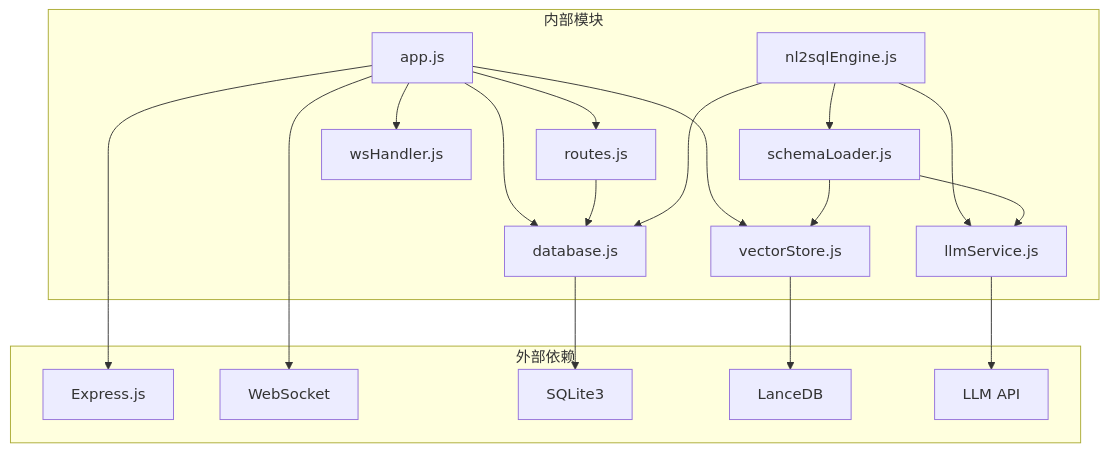
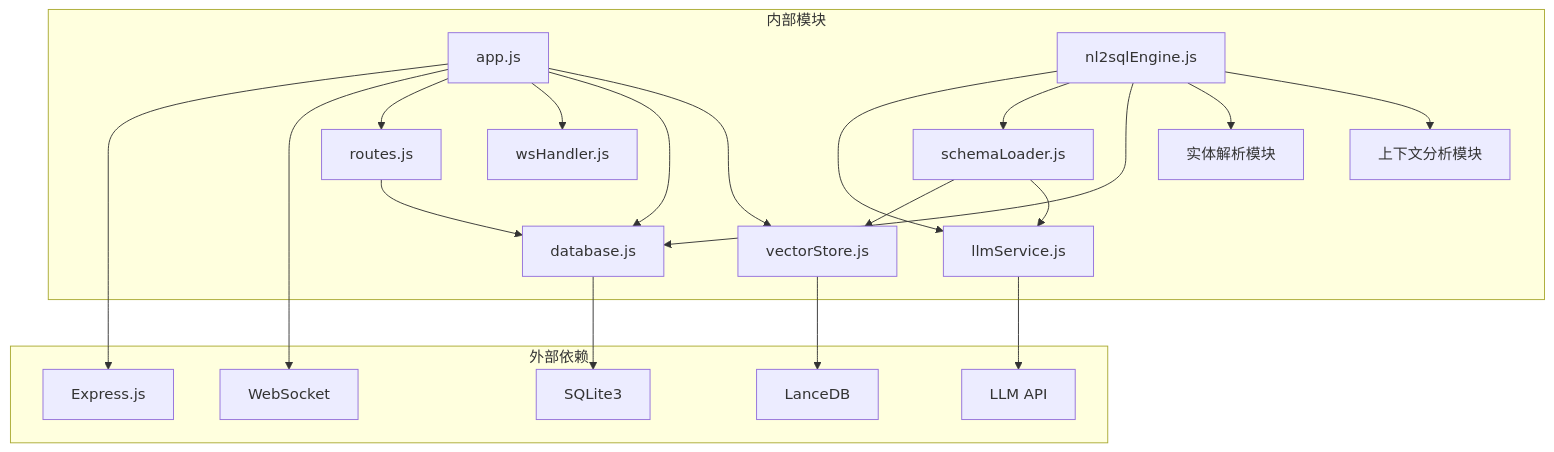
One commit to HanHuiOnLine/724-office changed the ninth of 9 diagrams in .qoder/repowiki/zh/content/API参考/NL2SQL API参考.md. Above: the diagram before and after it, drawn with Mermaid. The commit also changed other lines of this file and 14 other files, not shown here.

````diff
--- a/.qoder/repowiki/zh/content/API参考/NL2SQL API参考.md
+++ b/.qoder/repowiki/zh/content/API参考/NL2SQL API参考.md
@@ -291,35 +407,39 @@
 ```mermaid
 graph TB
 subgraph "外部依赖"
 A[Express.js]
 B[WebSocket]
 C[SQLite3]
 D[LanceDB]
 E[LLM API]
 end
 subgraph "内部模块"
 F[app.js]
 G[routes.js]
 H[nl2sqlEngine.js]
 I[llmService.js]
 J[schemaLoader.js]
 K[database.js]
 L[vectorStore.js]
 M[wsHandler.js]
+N[实体解析模块]
+O[上下文分析模块]
 end
 F --> A
 F --> B
 F --> G
 F --> M
 F --> K
 F --> L
 G --> K
 H --> I
 H --> J
 H --> K
+H --> N
+H --> O
 I --> E
 J --> L
 J --> I
 K --> C
 L --> D
 ```
````
